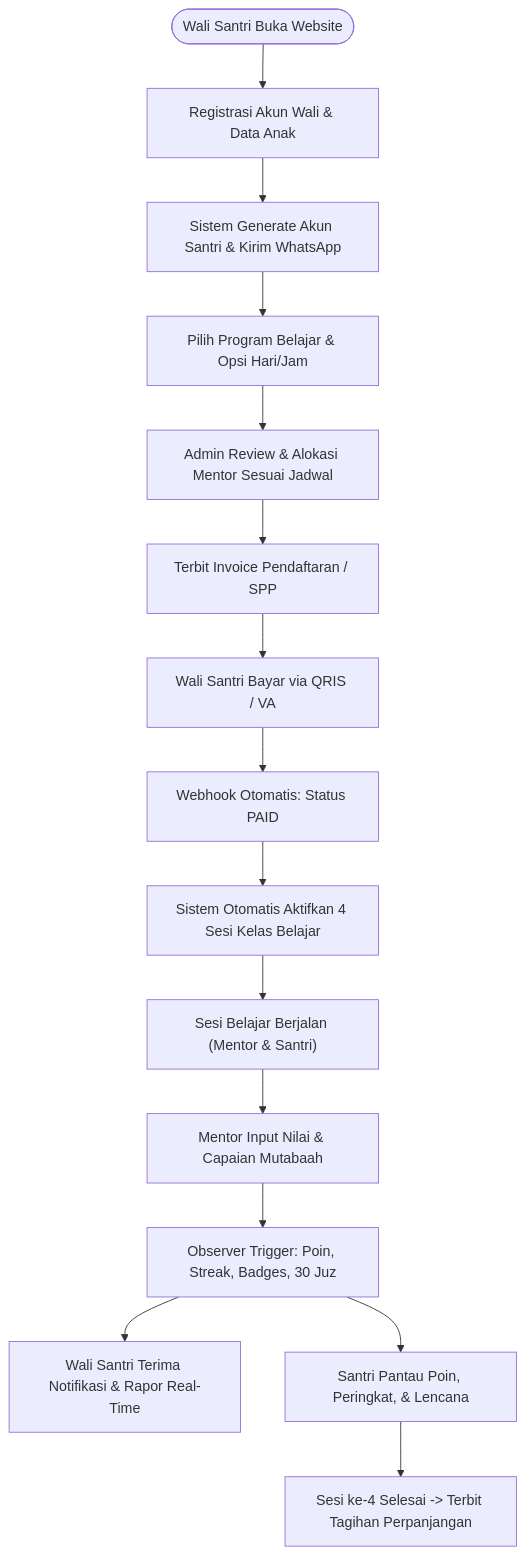
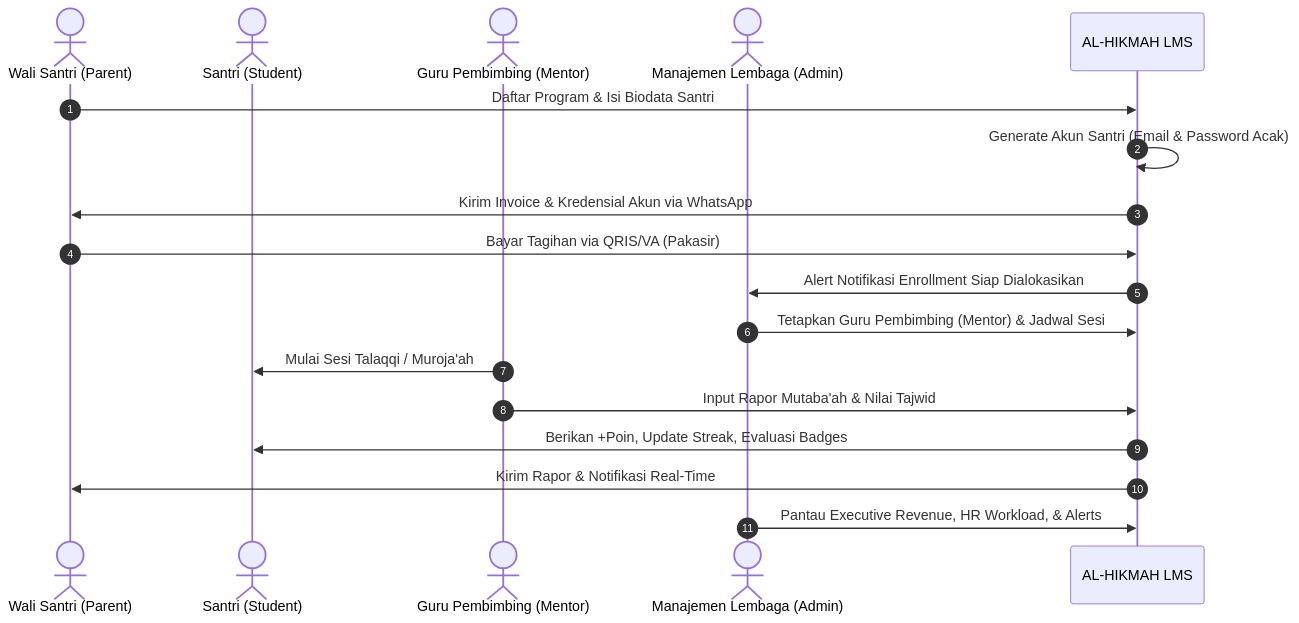
One commit to MasDan-stack/al-hikmah-lms changed the third of 3 diagrams in tentang.md. Above: the diagram before and after it, drawn with Mermaid. The commit also changed other lines of this file and 36 other files, not shown here.

Commit message:
feat(admin): implement v8.2 executive analytics, revenue intelligence, staff workload, operational alerts, dual reporting, whatsapp broadcast, and full documentation

````diff
--- a/tentang.md
+++ b/tentang.md
@@ -287,17 +240,21 @@
 ```mermaid
-flowchart TD
-    Start(["Wali Santri Buka Website"]) --> Reg["Registrasi Akun Wali & Data Anak"]
-    Reg --> AutoAcc["Sistem Generate Akun Santri & Kirim WhatsApp"]
-    AutoAcc --> PilihProg["Pilih Program Belajar & Opsi Hari/Jam"]
-    PilihProg --> AdminReview["Admin Review & Alokasi Mentor Sesuai Jadwal"]
-    AdminReview --> Invoice["Terbit Invoice Pendaftaran / SPP"]
-    Invoice --> Pay["Wali Santri Bayar via QRIS / VA"]
-    Pay --> Webhook["Webhook Otomatis: Status PAID"]
-    Webhook --> SesiAktif["Sistem Otomatis Aktifkan 4 Sesi Kelas Belajar"]
-    SesiAktif --> Belajar["Sesi Belajar Berjalan (Mentor & Santri)"]
-    Belajar --> Rapor["Mentor Input Nilai & Capaian Mutabaah"]
-    Rapor --> Gamifikasi["Observer Trigger: Poin, Streak, Badges, 30 Juz"]
-    Gamifikasi --> WaliNotif["Wali Santri Terima Notifikasi & Rapor Real-Time"]
-    Gamifikasi --> SantriDash["Santri Pantau Poin, Peringkat, & Lencana"]
-    SantriDash --> Selesai4["Sesi ke-4 Selesai -> Terbit Tagihan Perpanjangan"]
+sequenceDiagram
+    autonumber
+    actor Wali as Wali Santri (Parent)
+    actor Santri as Santri (Student)
+    actor Mentor as Guru Pembimbing (Mentor)
+    actor Admin as Manajemen Lembaga (Admin)
+    participant Sistem as AL-HIKMAH LMS
+
+    Wali->>Sistem: Daftar Program & Isi Biodata Santri
+    Sistem->>Sistem: Generate Akun Santri (Email & Password Acak)
+    Sistem->>Wali: Kirim Invoice & Kredensial Akun via WhatsApp
+    Wali->>Sistem: Bayar Tagihan via QRIS/VA (Pakasir)
+    Sistem->>Admin: Alert Notifikasi Enrollment Siap Dialokasikan
+    Admin->>Sistem: Tetapkan Guru Pembimbing (Mentor) & Jadwal Sesi
+    Mentor->>Santri: Mulai Sesi Talaqqi / Muroja'ah
+    Mentor->>Sistem: Input Rapor Mutaba'ah & Nilai Tajwid
+    Sistem->>Santri: Berikan +Poin, Update Streak, Evaluasi Badges
+    Sistem->>Wali: Kirim Rapor & Notifikasi Real-Time
+    Admin->>Sistem: Pantau Executive Revenue, HR Workload, & Alerts
 ```
````
